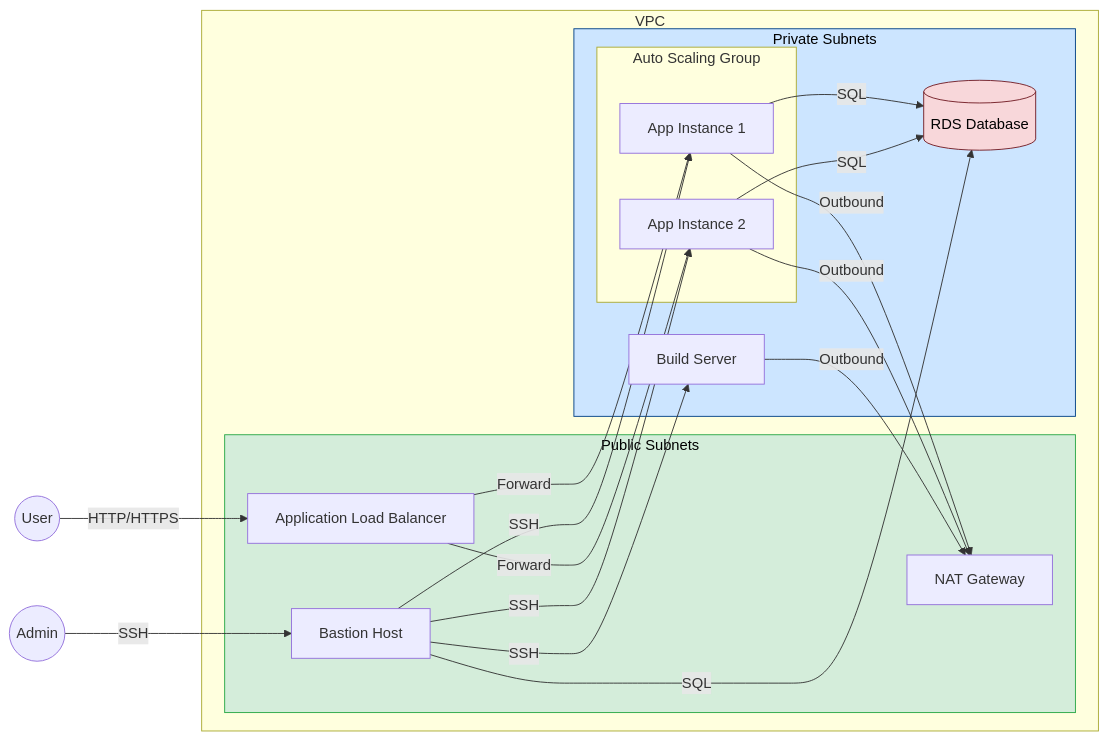
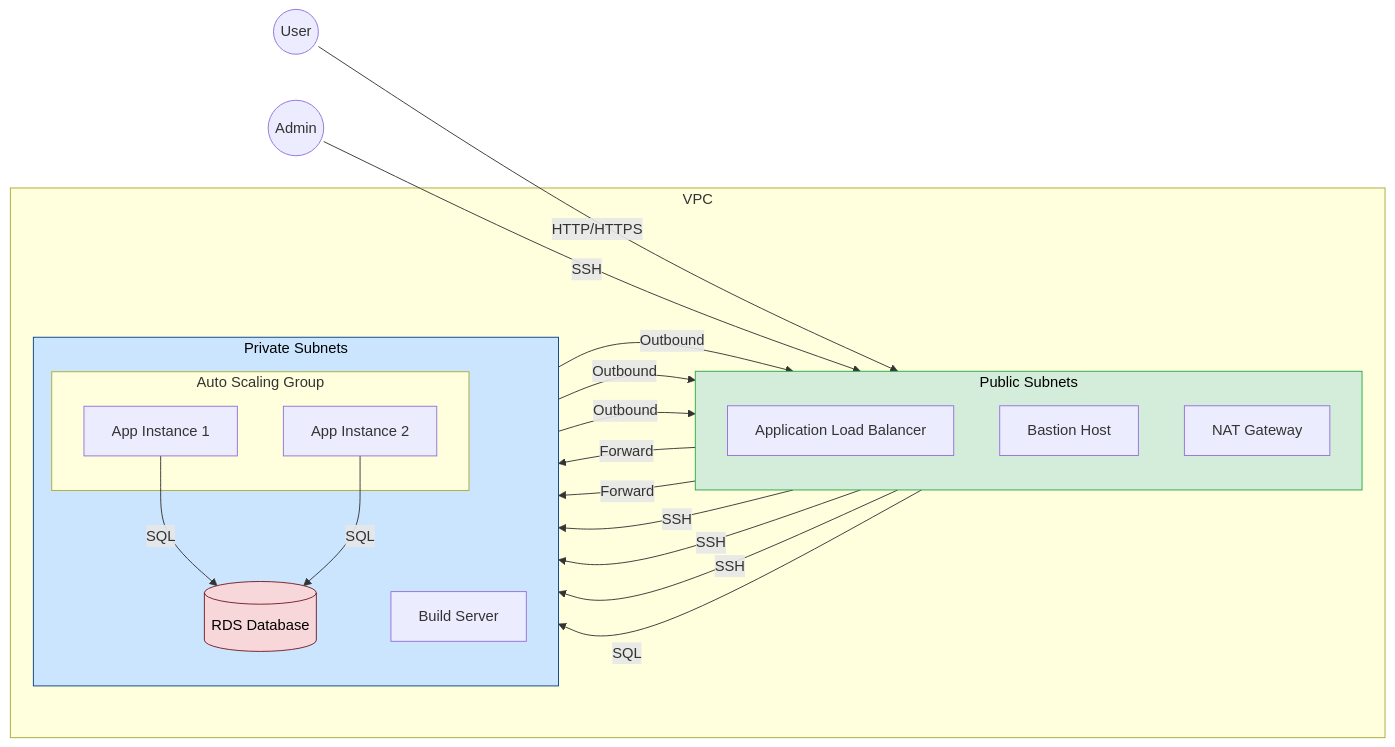
One commit to cgponteb/proxecto-asir changed the diagram in docs/infrastructure.md. Above: the diagram before and after it, drawn with Mermaid.

Commit message:
Improve Mermaid diagram layout by adding direction and rank constraints.

````diff
--- a/docs/infrastructure.md
+++ b/docs/infrastructure.md
@@ -5,53 +5,58 @@
 ```mermaid
 graph LR
     User((User))
     Admin((Admin))
 
     subgraph VPC [VPC]
         
         subgraph Public_Subnets [Public Subnets]
+            direction TB
             ALB[Application Load Balancer]
             Bastion[Bastion Host]
             NAT[NAT Gateway]
         end
         
         subgraph Private_Subnets [Private Subnets]
+            direction TB
             subgraph ASG [Auto Scaling Group]
                 App1[App Instance 1]
                 App2[App Instance 2]
             end
             BuildServer[Build Server]
             RDS[(RDS Database)]
         end
     end
 
     %% Access Layer
     User -->|HTTP/HTTPS| ALB
     Admin -->|SSH| Bastion
     
     %% Public to Private Routing
     ALB -->|Forward| App1
     ALB -->|Forward| App2
     
     Bastion -->|SSH| App1
     Bastion -->|SSH| App2
     Bastion -->|SSH| BuildServer
     Bastion -->|SQL| RDS
     
     %% Internal Connections
     App1 -->|SQL| RDS
     App2 -->|SQL| RDS
     
     %% Outbound Connectivity
     App1 -->|Outbound| NAT
     App2 -->|Outbound| NAT
     BuildServer -->|Outbound| NAT
+
+    %% Force Layout Rank
+    NAT ~~~ BuildServer
     
     classDef public fill:#d4edda,stroke:#28a745,color:black
     classDef private fill:#cce5ff,stroke:#004085,color:black
     classDef db fill:#f8d7da,stroke:#721c24,color:black
     
     class Public_Subnets public
     class Private_Subnets private
     class RDS db
 ```
````
